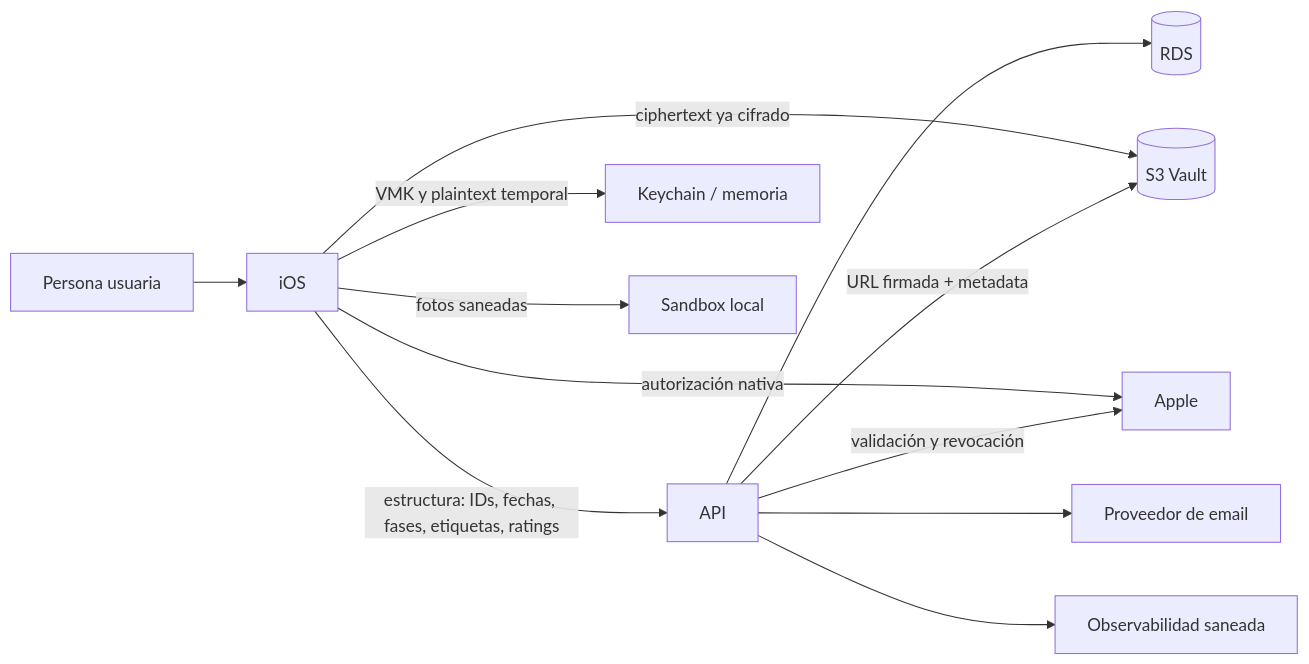
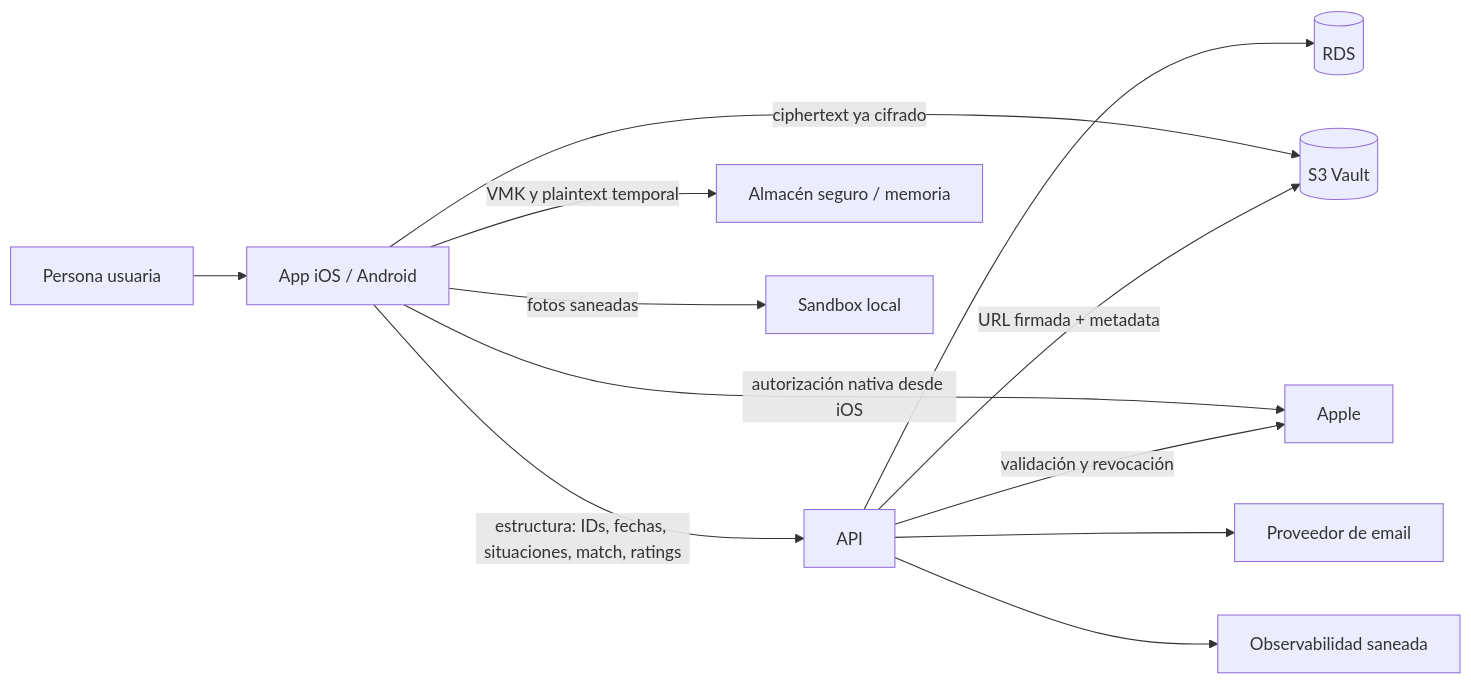
The diagram in docs/product/business-blueprint.md (gttos/mdl-project), drawn with Mermaid before and after one commit. The commit also changed other lines of this file and 36 other files, not shown here.

````diff
--- a/docs/product/business-blueprint.md
+++ b/docs/product/business-blueprint.md
@@ -529,14 +551,14 @@
 ```mermaid
 flowchart LR
-    U[Persona usuaria] --> I[iOS]
-    I -->|estructura: IDs, fechas, fases, etiquetas, ratings| A[API]
+    U[Persona usuaria] --> I[App iOS / Android]
+    I -->|estructura: IDs, fechas, situaciones, match, ratings| A[API]
     A --> R[(RDS)]
     I -->|ciphertext ya cifrado| S[(S3 Vault)]
     A -->|URL firmada + metadata| S
-    I -->|VMK y plaintext temporal| K[Keychain / memoria]
+    I -->|VMK y plaintext temporal| K[Almacén seguro / memoria]
     I -->|fotos saneadas| P[Sandbox local]
-    I -->|autorización nativa| AP[Apple]
+    I -->|autorización nativa desde iOS| AP[Apple]
     A -->|validación y revocación| AP
     A --> E[Proveedor de email]
     A --> O[Observabilidad saneada]
 ```
````
